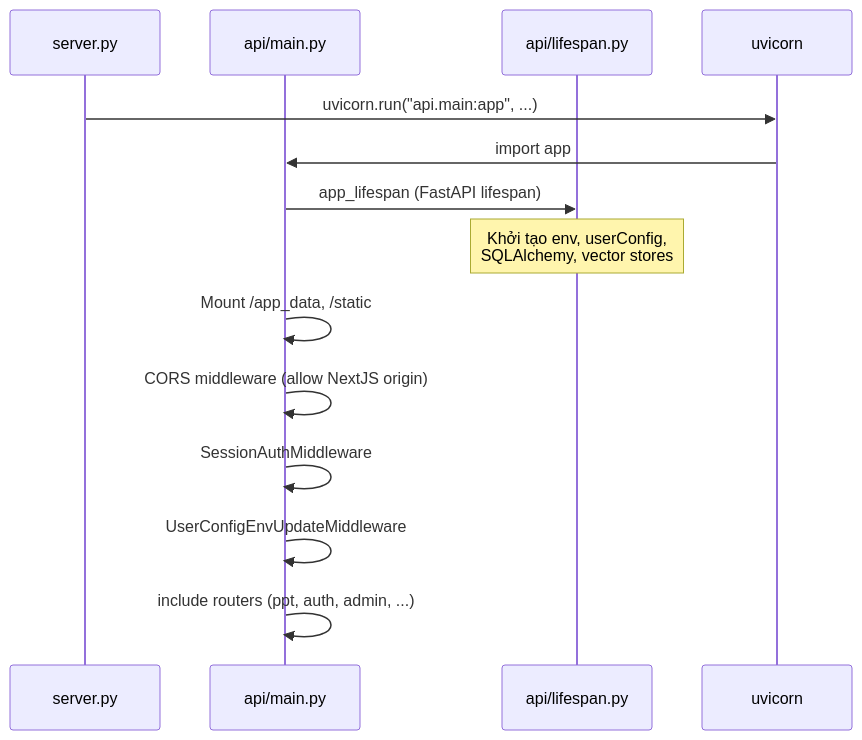
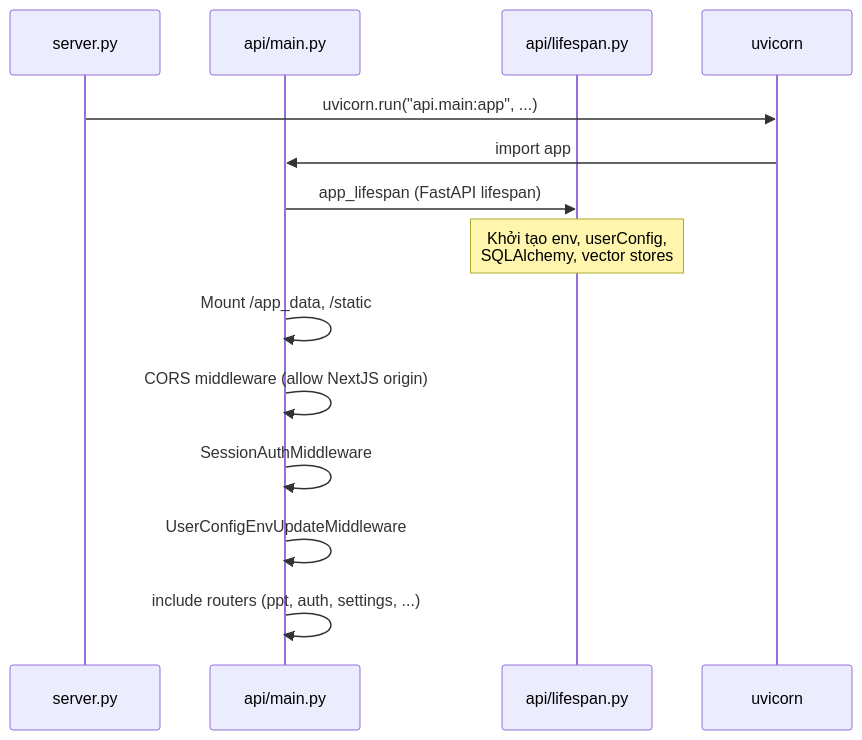
The second of 7 diagrams in docs/architecture/03-level-fastapi.md (xuanthai-work/presenton-gapo), drawn with Mermaid before and after one commit. The commit also changed other lines of this file and 155 other files, not shown here.

````diff
--- a/docs/architecture/03-level-fastapi.md
+++ b/docs/architecture/03-level-fastapi.md
@@ -99,17 +99,17 @@
 ```mermaid
 sequenceDiagram
     participant S as server.py
     participant A as api/main.py
     participant L as api/lifespan.py
     participant U as uvicorn
 
     S->>U: uvicorn.run("api.main:app", ...)
     U->>A: import app
     A->>L: app_lifespan (FastAPI lifespan)
     Note over L: Khởi tạo env, userConfig,<br/>SQLAlchemy, vector stores
     A->>A: Mount /app_data, /static
     A->>A: CORS middleware (allow NextJS origin)
     A->>A: SessionAuthMiddleware
     A->>A: UserConfigEnvUpdateMiddleware
-    A->>A: include routers (ppt, auth, admin, ...)
+    A->>A: include routers (ppt, auth, settings, ...)
 ```
````
